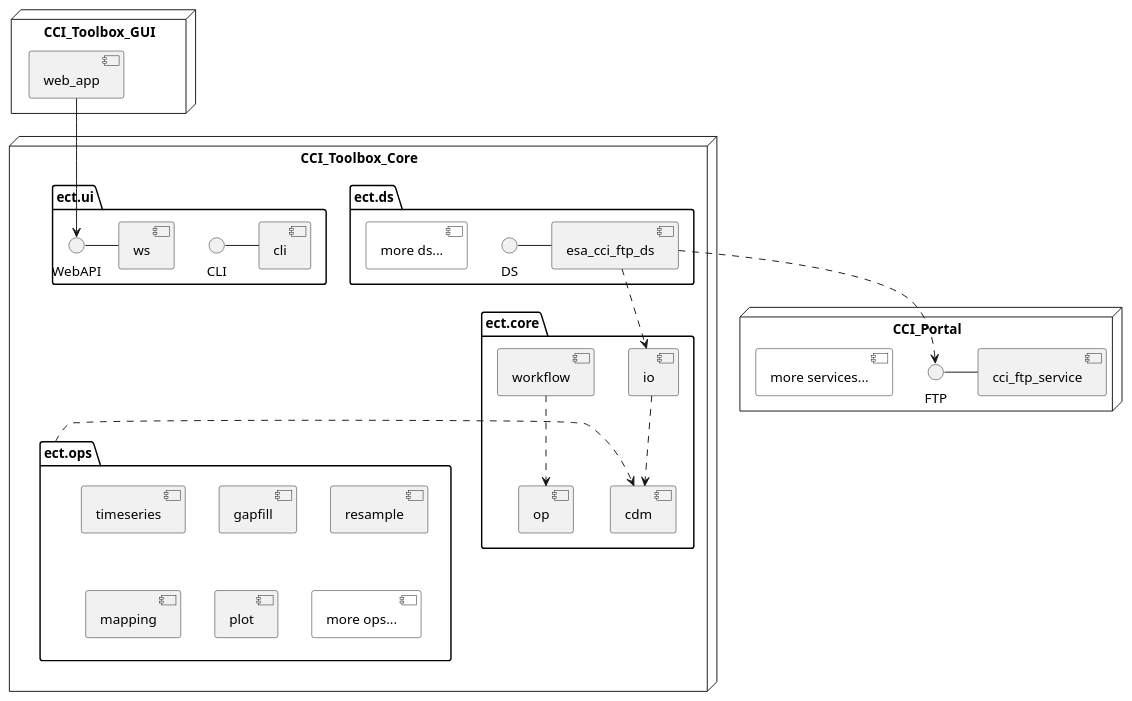
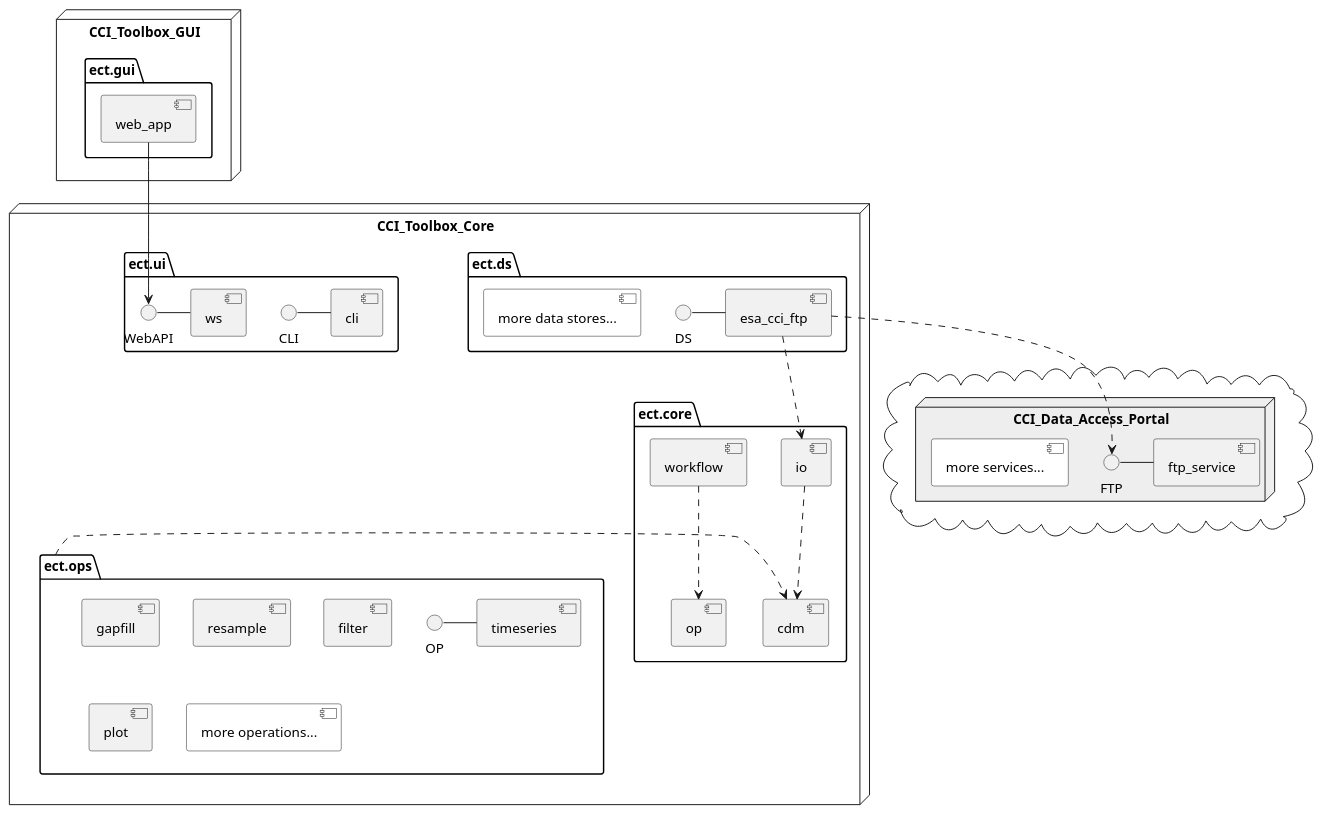
One commit to CCI-Tools/cate changed the diagram in doc/source/uml/modules.puml. Above: the diagram before and after it, drawn with PlantUML. The commit also changed 3 other files, not shown here.

```diff
--- a/doc/source/uml/modules.puml
+++ b/doc/source/uml/modules.puml
@@ -1,52 +1,56 @@
 @startuml
+
 
 node "CCI_Toolbox_Core" {
     package "ect.ds" {
-        DS - [esa_cci_ftp_ds]
-        [more ds...] #white
+        DS - [esa_cci_ftp]
+        [more data stores...] #white
     }
 
     package ect.ops {
-        [timeseries]
+        OP-[timeseries]
         [gapfill]
         [resample]
-        [mapping]
+        [filter]
         [plot]
-        [more ops...] #white
+        [more operations...] #white
     }
 
     package "ect.core" {
         [cdm]
         [io]
 
         [op]
         [workflow]
     }
 
     package "ect.ui" {
         CLI - [cli]
         WebAPI - [ws]
     }
 }
 
 node "CCI_Toolbox_GUI" {
-    [web_app]
+    package "ect.gui" {
+        [web_app]
+    }
 }
 
-node "CCI_Portal" {
-    FTP - [cci_ftp_service]
+cloud {
+node "CCI_Data_Access_Portal" #eeeeee {
+    FTP - [ftp_service]
     [more services...] #white
 }
-
+}
 
 
 [io] ..> [cdm]
 [workflow] ..> [op]
-[esa_cci_ftp_ds] ..> FTP
-[esa_cci_ftp_ds] ..> io
+[esa_cci_ftp] ..> FTP
+[esa_cci_ftp] ..> io
 
 ect.ops .r.> [cdm]
 
 [web_app] --> WebAPI
 
 @enduml
```
